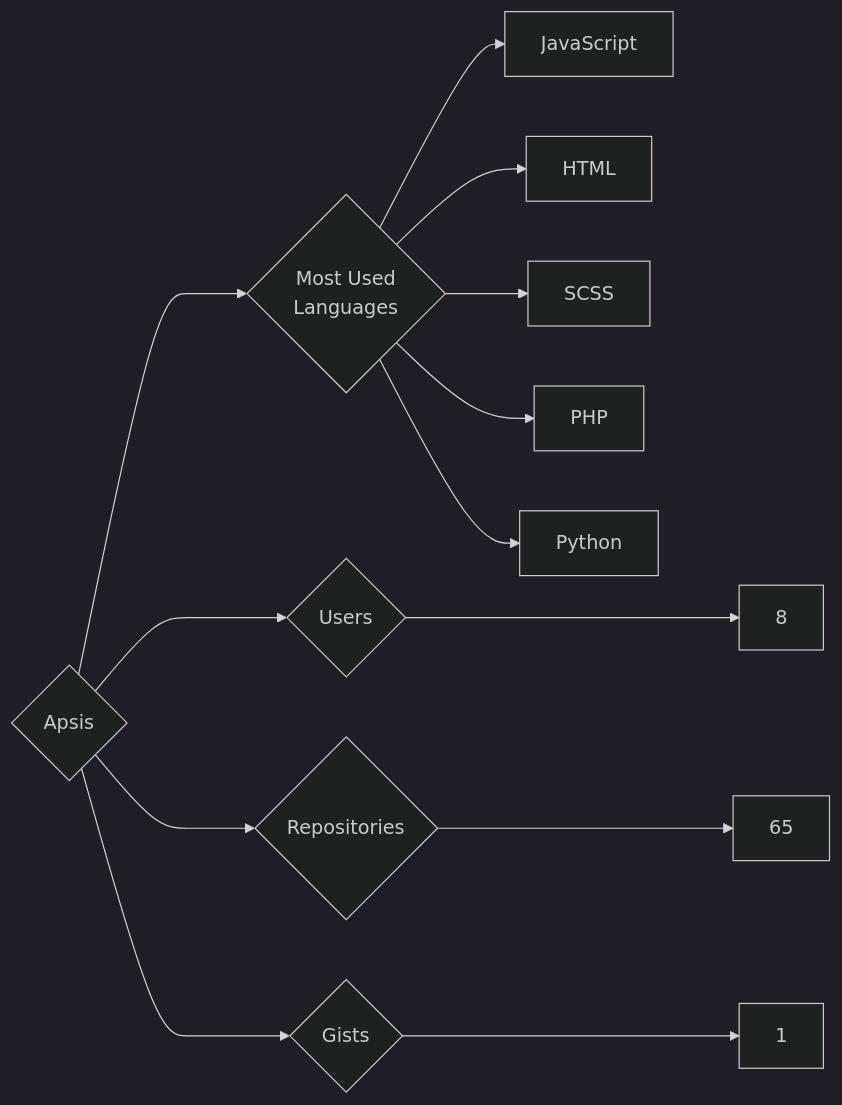
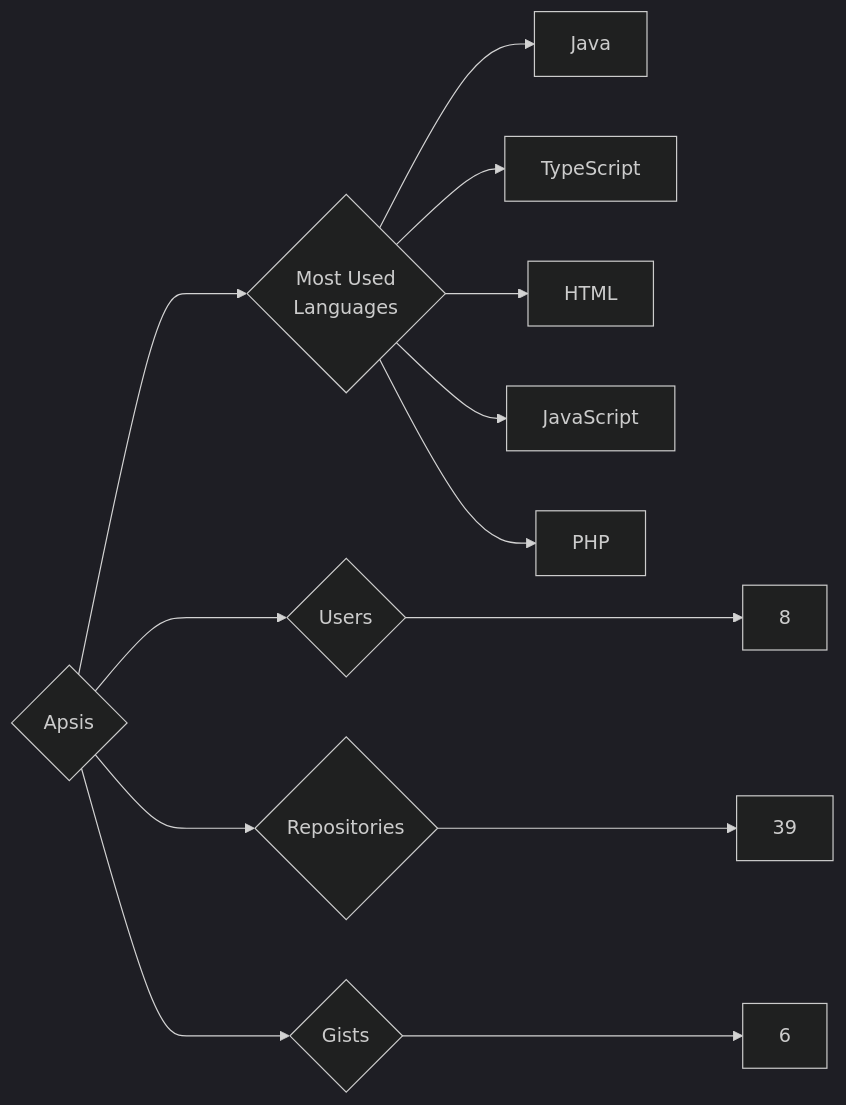
The diagram in targets/Apsis/README.md (trickest/insiders), drawn with Mermaid (dark theme) before and after one commit. The commit also changed 750 other files, not shown here.

````diff
--- a/targets/Apsis/README.md
+++ b/targets/Apsis/README.md
@@ -3,13 +3,13 @@
 ```mermaid
 graph LR
 COMPANY_NAME{Apsis}
 COMPANY_NAME ---> U{Users} ---> UN[8]
-COMPANY_NAME ---> R{Repositories} ---> RN[65]
-COMPANY_NAME ---> G{Gists} ---> GN[1]
+COMPANY_NAME ---> R{Repositories} ---> RN[39]
+COMPANY_NAME ---> G{Gists} ---> GN[6]
 COMPANY_NAME ---> ML{Most Used<br>Languages}
+ML --> Java[Java]
+ML --> TypeScript[TypeScript]
+ML --> HTML[HTML]
 ML --> JavaScript[JavaScript]
-ML --> HTML[HTML]
-ML --> SCSS[SCSS]
 ML --> PHP[PHP]
-ML --> Python[Python]
 ```
````
